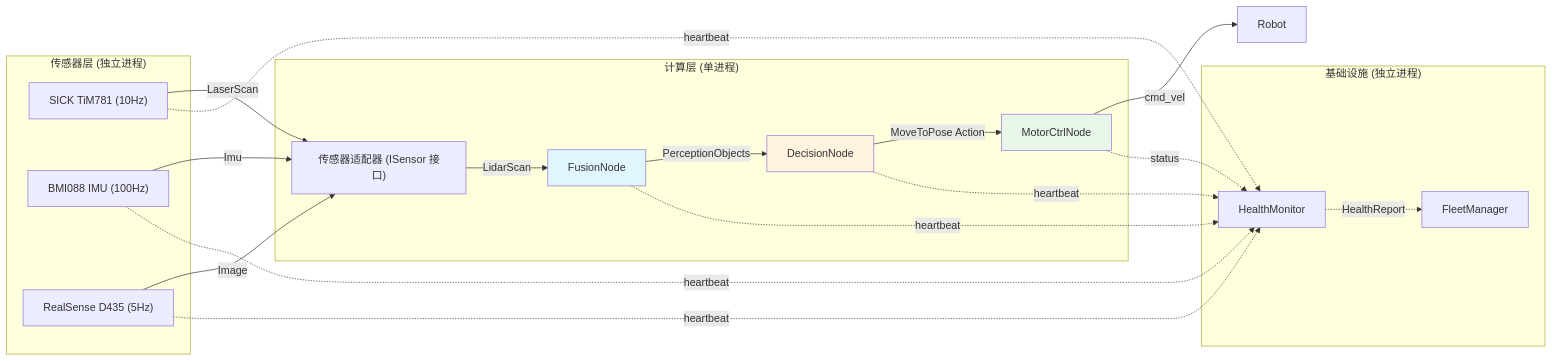
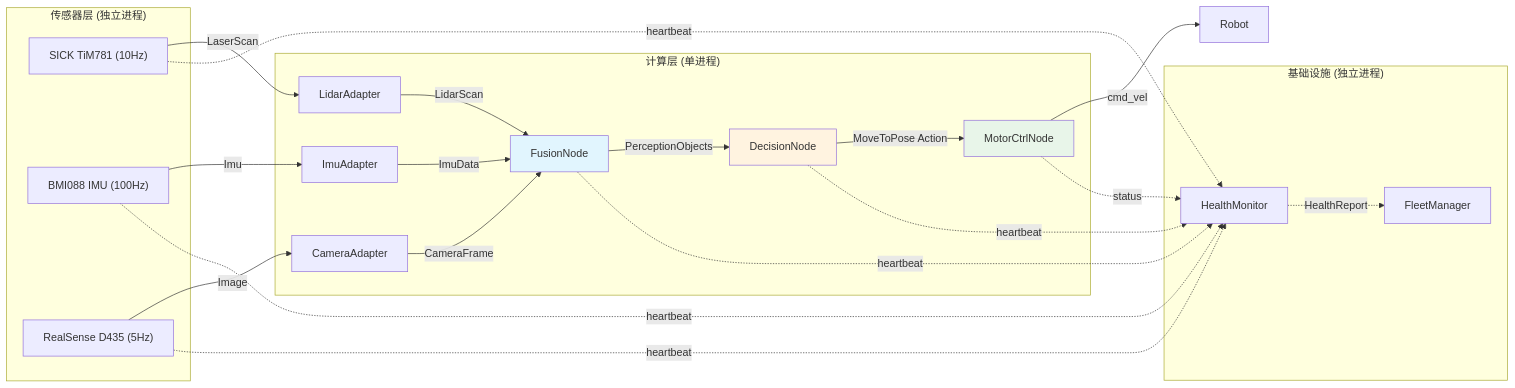
The first of 3 diagrams in doc/ARCHITECTURE.md (guang-lee-cn/ros2_robot_middleware), drawn with Mermaid before and after one commit. The commit also changed other lines of this file, not shown here.

Commit message:
fix(docs): show all 3 sensor adapters in data flow diagram

````diff
--- a/doc/ARCHITECTURE.md
+++ b/doc/ARCHITECTURE.md
@@ -10,41 +10,45 @@
 ```mermaid
 flowchart LR
     subgraph sensors["传感器层 (独立进程)"]
         L["SICK TiM781 (10Hz)"]
         I["BMI088 IMU (100Hz)"]
         C["RealSense D435 (5Hz)"]
     end
 
     subgraph compute["计算层 (单进程)"]
-        HAL["传感器适配器 (ISensor 接口)"]
+        HAL_L["LidarAdapter"]
+        HAL_I["ImuAdapter"]
+        HAL_C["CameraAdapter"]
         FUSION["FusionNode"]
         DECISION["DecisionNode"]
         MOTOR["MotorCtrlNode"]
     end
 
     subgraph infra["基础设施 (独立进程)"]
         HEALTH["HealthMonitor"]
         FLEET["FleetManager"]
     end
 
-    L -->|"LaserScan"| HAL
-    I -->|"Imu"| HAL
-    C -->|"Image"| HAL
-    HAL -->|"LidarScan"| FUSION
+    L -->|"LaserScan"| HAL_L
+    I -->|"Imu"| HAL_I
+    C -->|"Image"| HAL_C
+    HAL_L -->|"LidarScan"| FUSION
+    HAL_I -->|"ImuData"| FUSION
+    HAL_C -->|"CameraFrame"| FUSION
     FUSION -->|"PerceptionObjects"| DECISION
     DECISION -->|"MoveToPose Action"| MOTOR
     MOTOR -->|"cmd_vel"| ROBOT["Robot"]
 
     FUSION -.->|heartbeat| HEALTH
     DECISION -.->|heartbeat| HEALTH
     L -.->|heartbeat| HEALTH
     I -.->|heartbeat| HEALTH
     C -.->|heartbeat| HEALTH
     MOTOR -.->|status| HEALTH
 
     HEALTH -.->|"HealthReport"| FLEET
 
     style FUSION fill:#e1f5fe
     style DECISION fill:#fff3e0
     style MOTOR fill:#e8f5e9
 ```
````
